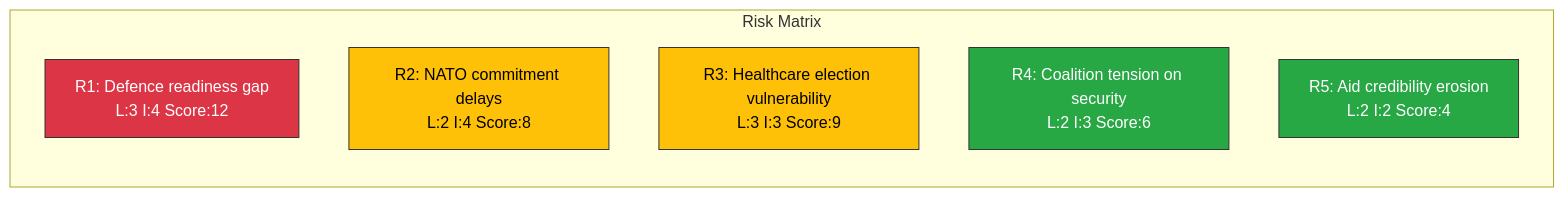
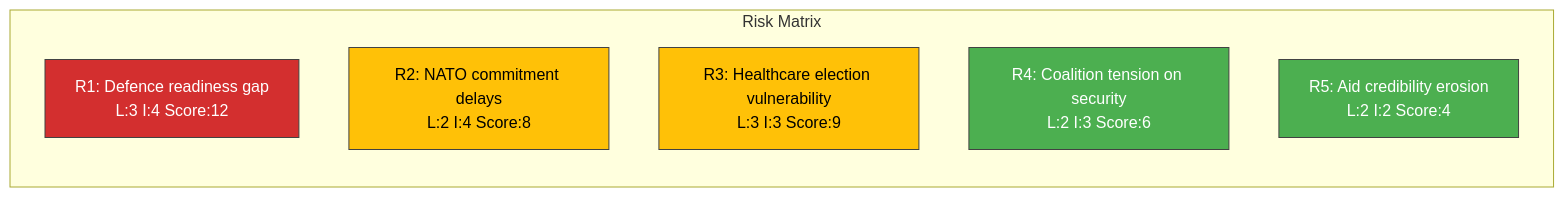
Before and after one commit to Hack23/riksdagsmonitor: the diagram in analysis/daily/2026-04-08/realtime-1027/risk-assessment.md, drawn with Mermaid. The commit also changed 785 other files, not shown here.

First line of the commit message:
Normalize mermaid colors across 786 analysis artifacts to ISMS Style Guide palette

````diff
--- a/analysis/daily/2026-04-08/realtime-1027/risk-assessment.md
+++ b/analysis/daily/2026-04-08/realtime-1027/risk-assessment.md
@@ -10,17 +10,17 @@
 ```mermaid
 graph TB
     subgraph "Risk Matrix"
         direction TB
         R1["R1: Defence readiness gap<br/>L:3 I:4 Score:12"]
         R2["R2: NATO commitment delays<br/>L:2 I:4 Score:8"]
         R3["R3: Healthcare election vulnerability<br/>L:3 I:3 Score:9"]
         R4["R4: Coalition tension on security<br/>L:2 I:3 Score:6"]
         R5["R5: Aid credibility erosion<br/>L:2 I:2 Score:4"]
     end
     
-    style R1 fill:#dc3545,stroke:#333,color:#fff
-    style R2 fill:#ffc107,stroke:#333,color:#000
-    style R3 fill:#ffc107,stroke:#333,color:#000
-    style R4 fill:#28a745,stroke:#333,color:#fff
-    style R5 fill:#28a745,stroke:#333,color:#fff
+    style R1 fill:#D32F2F,stroke:#424242,color:#FFFFFF
+    style R2 fill:#FFC107,stroke:#424242,color:#000000
+    style R3 fill:#FFC107,stroke:#424242,color:#000000
+    style R4 fill:#4CAF50,stroke:#424242,color:#FFFFFF
+    style R5 fill:#4CAF50,stroke:#424242,color:#FFFFFF
 ```
````
